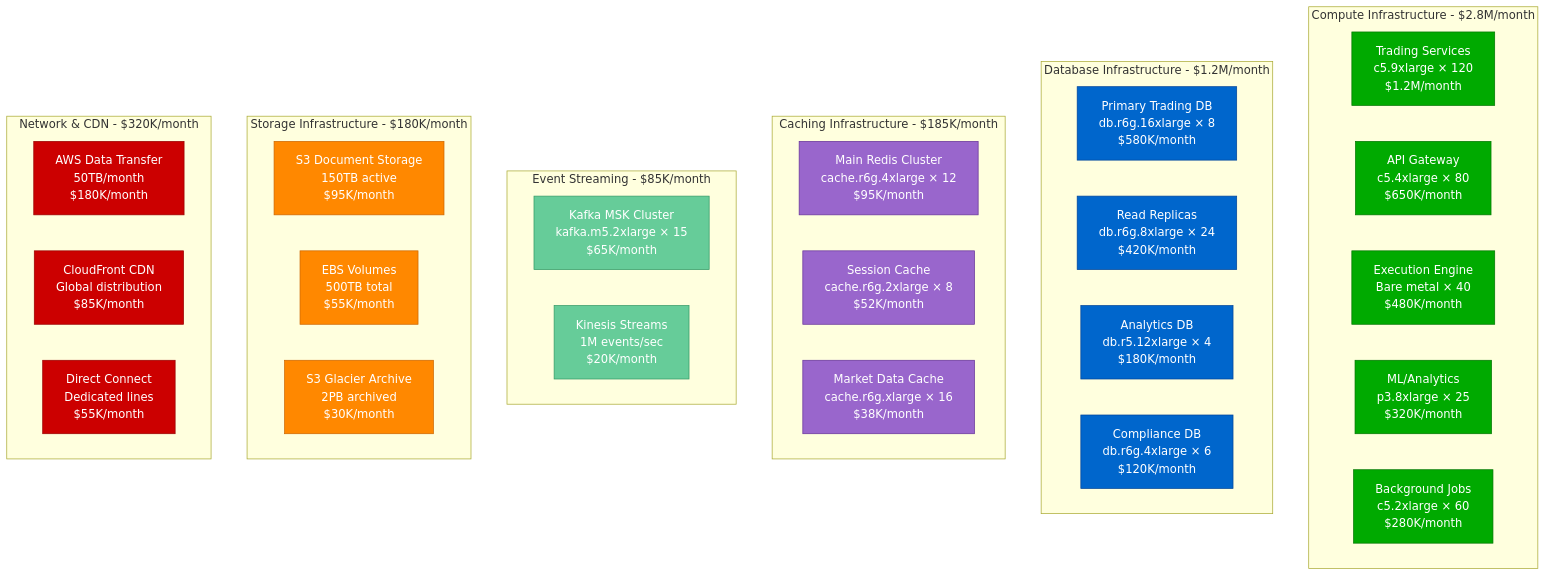
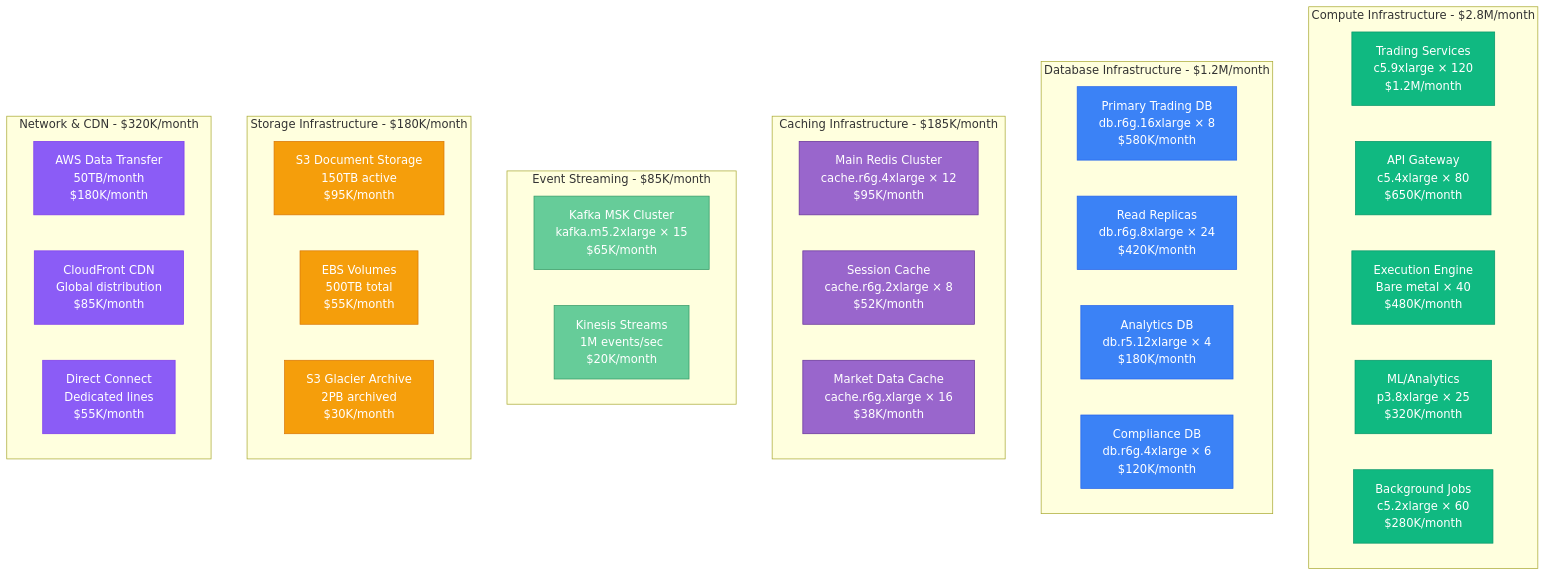
One commit to deepaucksharma/DS changed the second of 9 diagrams in site/docs/systems/robinhood/06-cost-breakdown.md. Above: the diagram before and after it, drawn with Mermaid. The commit also changed other lines of this file and 187 other files, not shown here.

````diff
--- a/site/docs/systems/robinhood/06-cost-breakdown.md
+++ b/site/docs/systems/robinhood/06-cost-breakdown.md
@@ -25,54 +25,54 @@
 ```mermaid
 graph TB
     subgraph ComputeLayer[Compute Infrastructure - $2.8M/month]
         TRADING[Trading Services<br/>c5.9xlarge × 120<br/>$1.2M/month]
         API[API Gateway<br/>c5.4xlarge × 80<br/>$650K/month]
         EXECUTION[Execution Engine<br/>Bare metal × 40<br/>$480K/month]
         ML[ML/Analytics<br/>p3.8xlarge × 25<br/>$320K/month]
         BACKGROUND[Background Jobs<br/>c5.2xlarge × 60<br/>$280K/month]
     end
 
     subgraph DatabaseLayer[Database Infrastructure - $1.2M/month]
         PRIMARY[Primary Trading DB<br/>db.r6g.16xlarge × 8<br/>$580K/month]
         REPLICAS[Read Replicas<br/>db.r6g.8xlarge × 24<br/>$420K/month]
         ANALYTICS[Analytics DB<br/>db.r5.12xlarge × 4<br/>$180K/month]
         COMPLIANCE[Compliance DB<br/>db.r6g.4xlarge × 6<br/>$120K/month]
     end
 
     subgraph CacheLayer[Caching Infrastructure - $185K/month]
         REDIS_MAIN[Main Redis Cluster<br/>cache.r6g.4xlarge × 12<br/>$95K/month]
         REDIS_SESSION[Session Cache<br/>cache.r6g.2xlarge × 8<br/>$52K/month]
         REDIS_MARKET[Market Data Cache<br/>cache.r6g.xlarge × 16<br/>$38K/month]
     end
 
     subgraph StreamingLayer[Event Streaming - $85K/month]
         KAFKA[Kafka MSK Cluster<br/>kafka.m5.2xlarge × 15<br/>$65K/month]
         KINESIS[Kinesis Streams<br/>1M events/sec<br/>$20K/month]
     end
 
     subgraph StorageLayer[Storage Infrastructure - $180K/month]
         S3_DOCS[S3 Document Storage<br/>150TB active<br/>$95K/month]
         EBS_VOLUMES[EBS Volumes<br/>500TB total<br/>$55K/month]
         GLACIER[S3 Glacier Archive<br/>2PB archived<br/>$30K/month]
     end
 
     subgraph NetworkLayer[Network & CDN - $320K/month]
         DATA_TRANSFER[AWS Data Transfer<br/>50TB/month<br/>$180K/month]
         CLOUDFRONT[CloudFront CDN<br/>Global distribution<br/>$85K/month]
         DIRECT_CONNECT[Direct Connect<br/>Dedicated lines<br/>$55K/month]
     end
 
-    classDef computeStyle fill:#00AA00,stroke:#007700,color:#fff
-    classDef databaseStyle fill:#0066CC,stroke:#004499,color:#fff
+    classDef computeStyle fill:#10B981,stroke:#059669,color:#fff
+    classDef databaseStyle fill:#3B82F6,stroke:#2563EB,color:#fff
     classDef cacheStyle fill:#9966CC,stroke:#663399,color:#fff
     classDef streamStyle fill:#66CC99,stroke:#339966,color:#fff
-    classDef storageStyle fill:#FF8800,stroke:#CC6600,color:#fff
-    classDef networkStyle fill:#CC0000,stroke:#990000,color:#fff
+    classDef storageStyle fill:#F59E0B,stroke:#D97706,color:#fff
+    classDef networkStyle fill:#8B5CF6,stroke:#7C3AED,color:#fff
 
     class TRADING,API,EXECUTION,ML,BACKGROUND computeStyle
     class PRIMARY,REPLICAS,ANALYTICS,COMPLIANCE databaseStyle
     class REDIS_MAIN,REDIS_SESSION,REDIS_MARKET cacheStyle
     class KAFKA,KINESIS streamStyle
     class S3_DOCS,EBS_VOLUMES,GLACIER storageStyle
     class DATA_TRANSFER,CLOUDFRONT,DIRECT_CONNECT networkStyle
 ```
````
